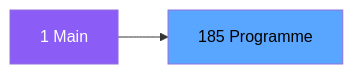
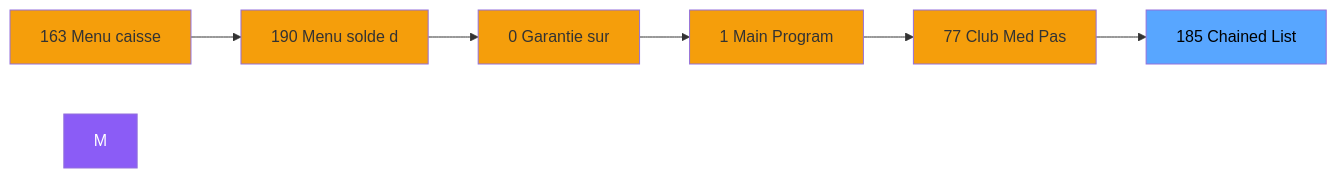
The second of 3 diagrams in .openspec/specs/ADH-IDE-185.md (thonyAGP/magic-migration), drawn with Mermaid before and after one commit. The commit also changed other lines of this file and 323 other files, not shown here.

````diff
--- a/.openspec/specs/ADH-IDE-185.md
+++ b/.openspec/specs/ADH-IDE-185.md
@@ -99,8 +108,21 @@
 ```mermaid
 graph LR
-    M[1 Main]
-    T[185 Programme]
-    M --> T
+    N163[163 Menu caisse ]
+    N190[190 Menu solde d]
+    N0[0 Garantie sur]
+    N1[1 Main Program]
+    N77[77 Club Med Pas]
+    T[185 Chained List]
+    N163 --> N190
+    N190 --> N0
+    N0 --> N1
+    N1 --> N77
+    N77 --> T
     style M fill:#8b5cf6,color:#fff
+    style N163 fill:#f59e0b
+    style N190 fill:#f59e0b
+    style N0 fill:#f59e0b
+    style N1 fill:#f59e0b
+    style N77 fill:#f59e0b
     style T fill:#58a6ff,color:#000
 ```
````
